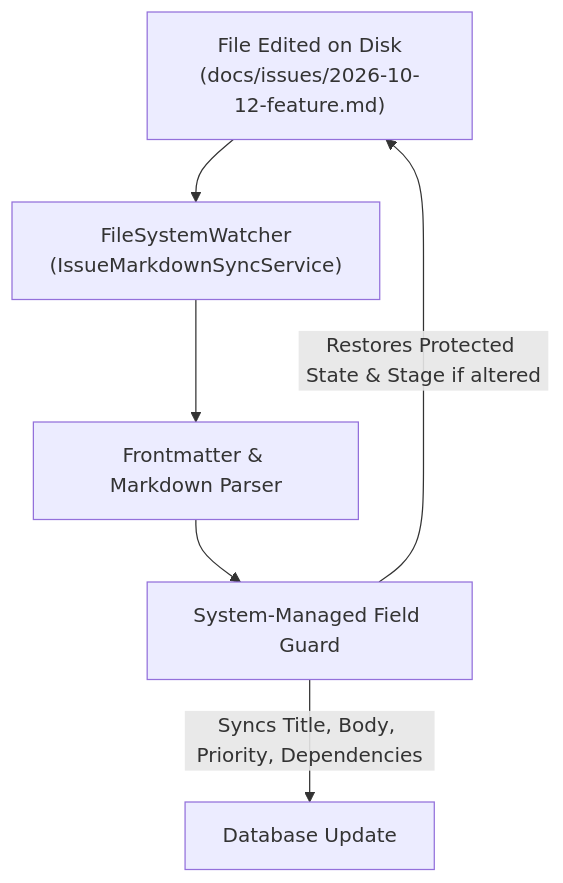
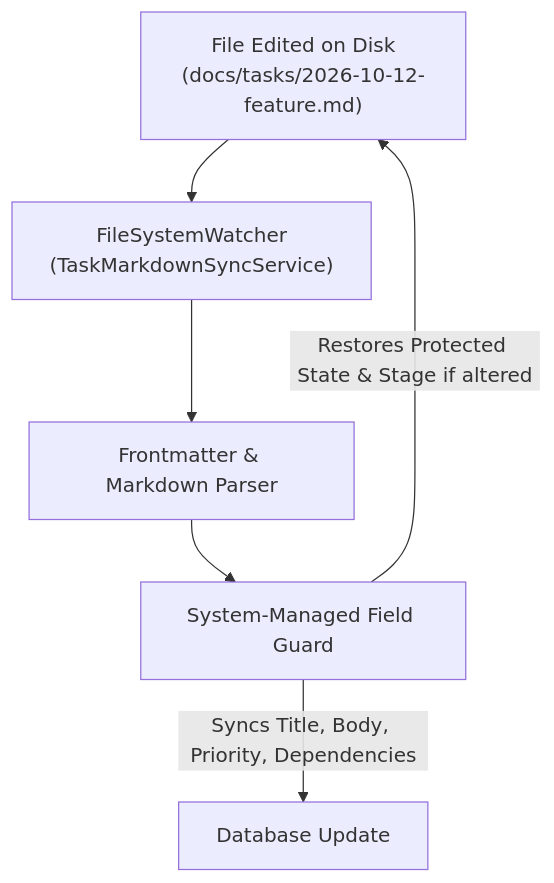
One commit to jetelain/NightCodeForge changed the eighth of 22 diagrams in docs/ARCHITECTURE.md. Above: the diagram before and after it, drawn with Mermaid. The commit also changed other lines of this file and 151 other files, not shown here.

Commit message:
Issue -> Task

````diff
--- a/docs/ARCHITECTURE.md
+++ b/docs/ARCHITECTURE.md
@@ -568,14 +568,14 @@
 ```mermaid
 flowchart TD
-    FileEdit["File Edited on Disk\n(docs/issues/2026-10-12-feature.md)"]
-    Watcher["FileSystemWatcher\n(IssueMarkdownSyncService)"]
+    FileEdit["File Edited on Disk\n(docs/tasks/2026-10-12-feature.md)"]
+    Watcher["FileSystemWatcher\n(TaskMarkdownSyncService)"]
     Parser["Frontmatter & Markdown Parser"]
     DBSync["Database Update"]
     Guard["System-Managed Field Guard"]
 
     FileEdit --> Watcher
     Watcher --> Parser
     Parser --> Guard
     Guard -->|Syncs Title, Body, Priority, Dependencies| DBSync
     Guard -->|Restores Protected State & Stage if altered| FileEdit
 ```
````
